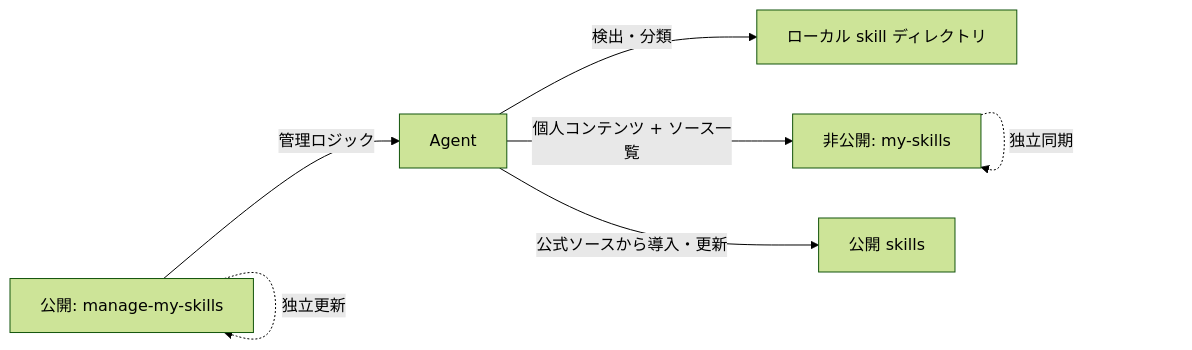
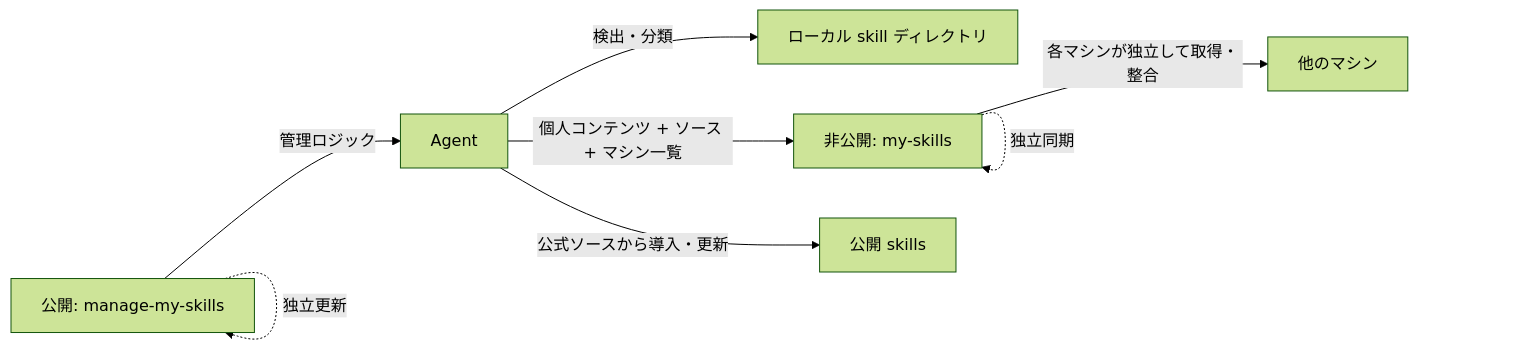
Before and after one commit to Pursuer-Hsf/manage-my-skills: the diagram in docs/README.ja.md, drawn with Mermaid (forest theme). The commit also changed other lines of this file and 13 other files, not shown here.

````diff
--- a/docs/README.ja.md
+++ b/docs/README.ja.md
@@ -75,9 +75,10 @@
 ```mermaid
 flowchart LR
     A["公開: manage-my-skills"] -->|"管理ロジック"| B["Agent"]
     B -->|"検出・分類"| C["ローカル skill ディレクトリ"]
-    B -->|"個人コンテンツ + ソース一覧"| D["非公開: my-skills"]
+    B -->|"個人コンテンツ + ソース + マシン一覧"| D["非公開: my-skills"]
     B -->|"公式ソースから導入・更新"| E["公開 skills"]
+    D -->|"各マシンが独立して取得・整合"| F["他のマシン"]
     A -. "独立更新" .-> A
     D -. "独立同期" .-> D
 ```
````
